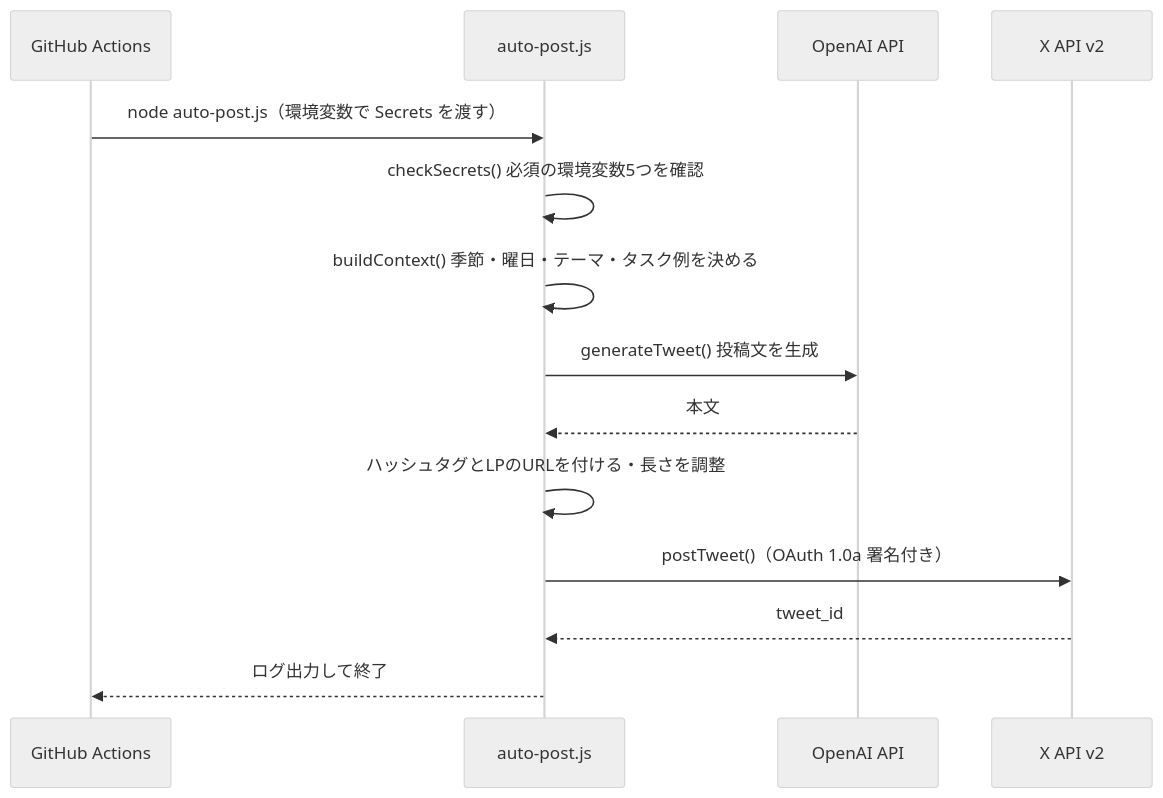
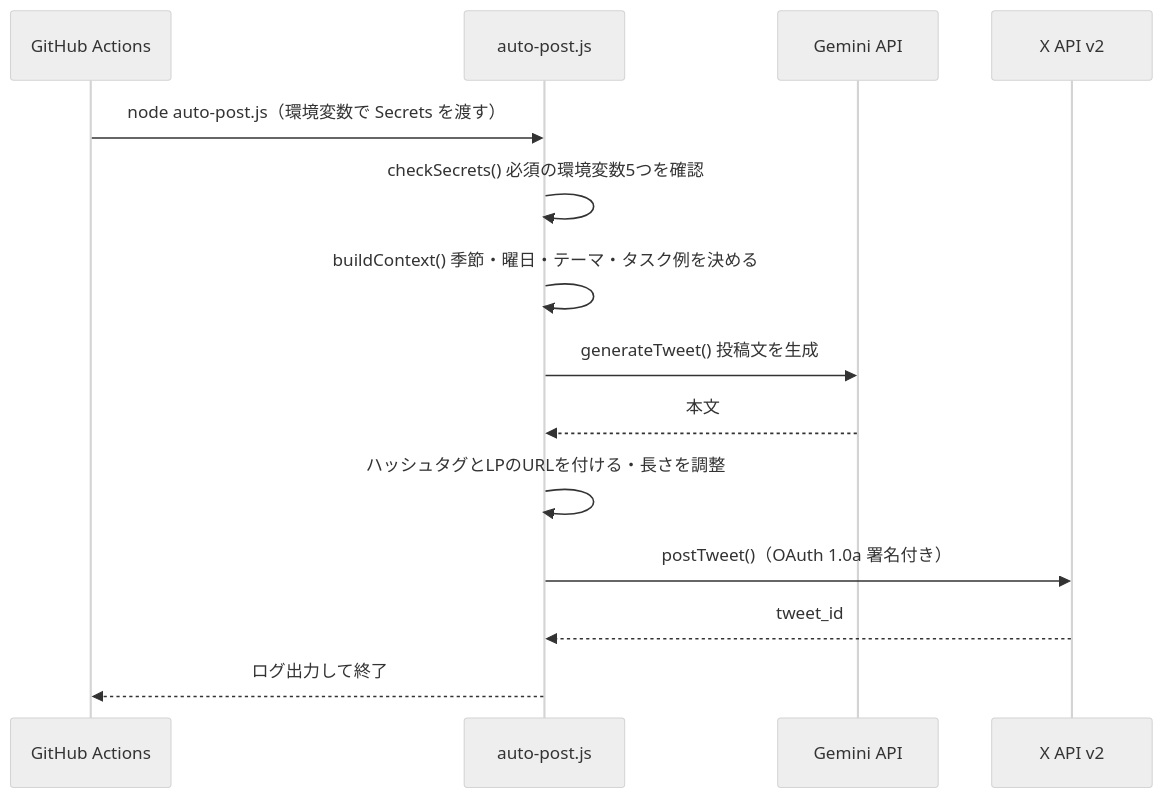
One commit to nodokasasaki/okome changed the second of 2 diagrams in KAKUSAN_SPEC.md. Above: the diagram before and after it, drawn with Mermaid (neutral theme). The commit also changed other lines of this file and 9 other files, not shown here.

````diff
--- a/KAKUSAN_SPEC.md
+++ b/KAKUSAN_SPEC.md
@@ -142,16 +142,16 @@
 ```mermaid
 sequenceDiagram
   participant GA as GitHub Actions
   participant S as auto-post.js
-  participant O as OpenAI API
+  participant G as Gemini API
   participant X as X API v2
   GA->>S: node auto-post.js（環境変数で Secrets を渡す）
   S->>S: checkSecrets() 必須の環境変数5つを確認
   S->>S: buildContext() 季節・曜日・テーマ・タスク例を決める
-  S->>O: generateTweet() 投稿文を生成
-  O-->>S: 本文
+  S->>G: generateTweet() 投稿文を生成
+  G-->>S: 本文
   S->>S: ハッシュタグとLPのURLを付ける・長さを調整
   S->>X: postTweet()（OAuth 1.0a 署名付き）
   X-->>S: tweet_id
   S-->>GA: ログ出力して終了
 ```
````
